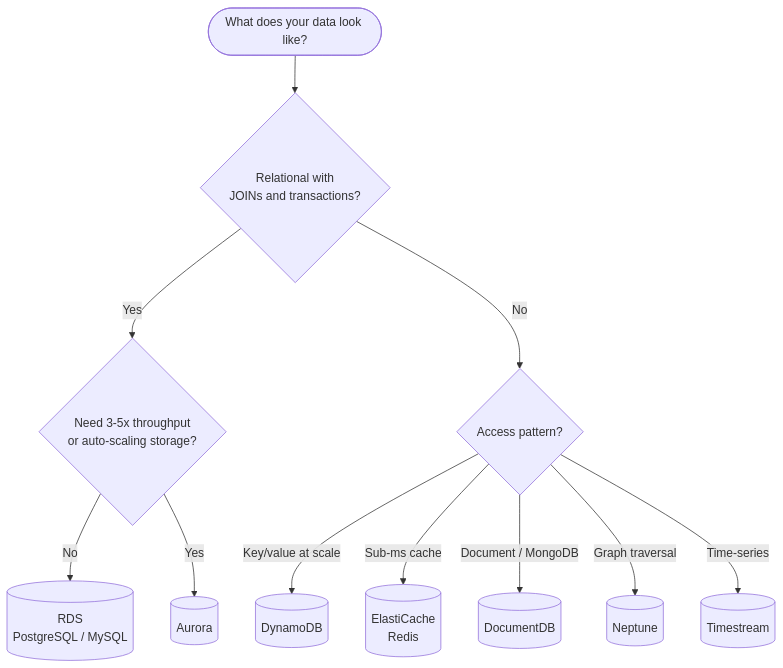
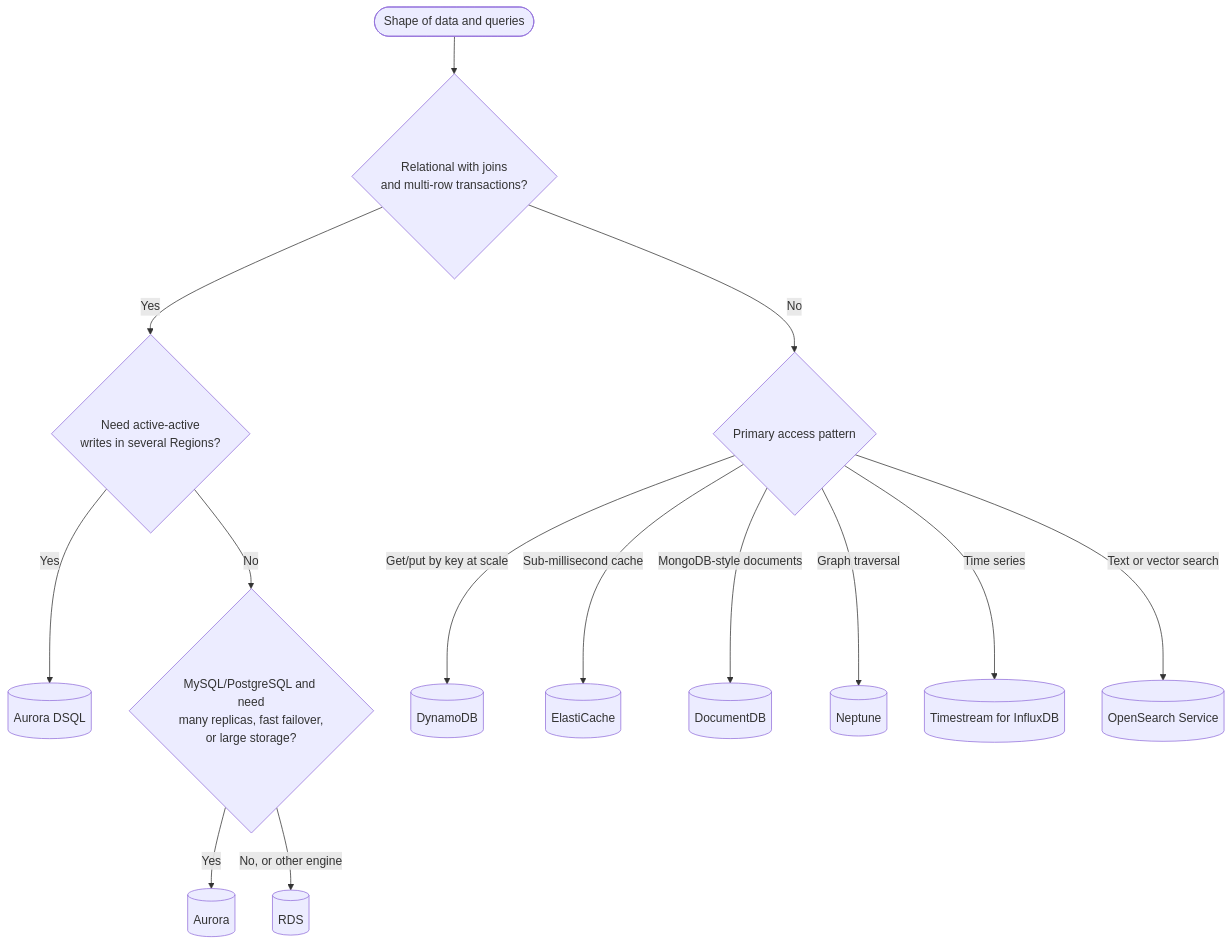
Before and after one commit to AndrewAltimit/Documentation: the first of 4 diagrams in github-pages/docs/technology/aws/databases.md, drawn with Mermaid. The commit also changed other lines of this file and 240 other files, not shown here.

````diff
--- a/github-pages/docs/technology/aws/databases.md
+++ b/github-pages/docs/technology/aws/databases.md
@@ -45,13 +36,16 @@
 ```mermaid
 flowchart TD
-    Start([What does your data look like?]) --> Q1{Relational with<br/>JOINs and transactions?}
-    Q1 -->|Yes| Q2{Need 3-5x throughput<br/>or auto-scaling storage?}
-    Q2 -->|No| RDS[(RDS<br/>PostgreSQL / MySQL)]
-    Q2 -->|Yes| Aurora[(Aurora)]
-    Q1 -->|No| Q3{Access pattern?}
-    Q3 -->|Key/value at scale| DDB[(DynamoDB)]
-    Q3 -->|Sub-ms cache| EC[(ElastiCache<br/>Redis)]
-    Q3 -->|Document / MongoDB| DocDB[(DocumentDB)]
-    Q3 -->|Graph traversal| Neptune[(Neptune)]
-    Q3 -->|Time-series| TS[(Timestream)]
+    Start([Shape of data and queries]) --> Q1{Relational with joins<br/>and multi-row transactions?}
+    Q1 -->|Yes| Q2{Need active-active<br/>writes in several Regions?}
+    Q2 -->|Yes| DSQL[(Aurora DSQL)]
+    Q2 -->|No| Q3{MySQL/PostgreSQL and need<br/>many replicas, fast failover,<br/>or large storage?}
+    Q3 -->|Yes| Aurora[(Aurora)]
+    Q3 -->|No, or other engine| RDS[(RDS)]
+    Q1 -->|No| Q4{Primary access pattern}
+    Q4 -->|Get/put by key at scale| DDB[(DynamoDB)]
+    Q4 -->|Sub-millisecond cache| EC[(ElastiCache)]
+    Q4 -->|MongoDB-style documents| DocDB[(DocumentDB)]
+    Q4 -->|Graph traversal| Neptune[(Neptune)]
+    Q4 -->|Time series| TS[(Timestream for InfluxDB)]
+    Q4 -->|Text or vector search| OS[(OpenSearch Service)]
 ```
````
